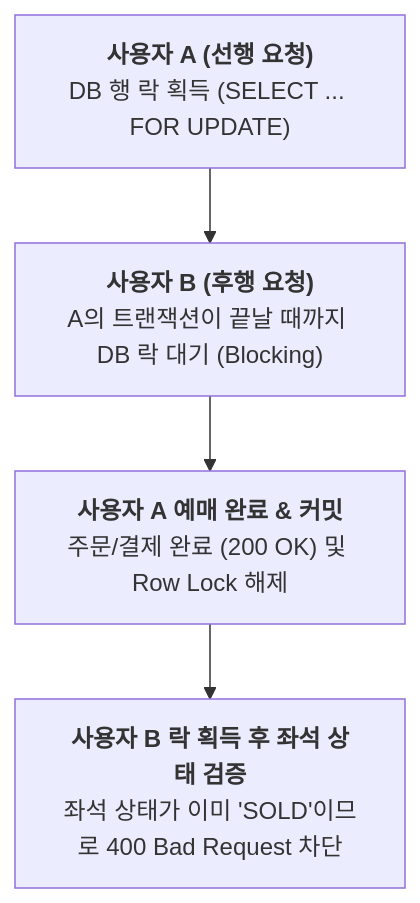
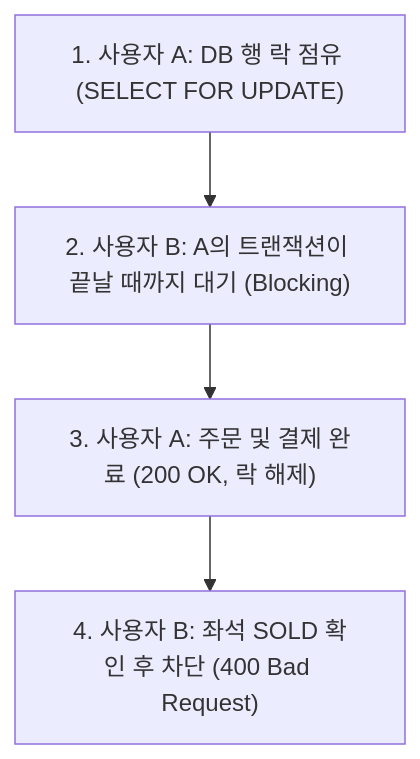
One commit to kikimansong/ticket-stream-v1 changed the second of 4 diagrams in README.md. Above: the diagram before and after it, drawn with Mermaid. The commit also changed other lines of this file and 1 other file, not shown here.

````diff
--- a/README.md
+++ b/README.md
@@ -169,7 +169,7 @@
 ```mermaid
 flowchart TD
-    P1["<b>사용자 A (선행 요청)</b><br/>DB 행 락 획득 (SELECT ... FOR UPDATE)"]
-    --> P2["<b>사용자 B (후행 요청)</b><br/>A의 트랜잭션이 끝날 때까지 DB 락 대기 (Blocking)"]
-    --> P3["<b>사용자 A 예매 완료 & 커밋</b><br/>주문/결제 완료 (200 OK) 및 Row Lock 해제"]
-    --> P4["<b>사용자 B 락 획득 후 좌석 상태 검증</b><br/>좌석 상태가 이미 'SOLD'이므로 400 Bad Request 차단"]
+    P1["1. 사용자 A: DB 행 락 점유 (SELECT FOR UPDATE)"]
+    --> P2["2. 사용자 B: A의 트랜잭션이 끝날 때까지 대기 (Blocking)"]
+    --> P3["3. 사용자 A: 주문 및 결제 완료 (200 OK, 락 해제)"]
+    --> P4["4. 사용자 B: 좌석 SOLD 확인 후 차단 (400 Bad Request)"]
 ```
````
